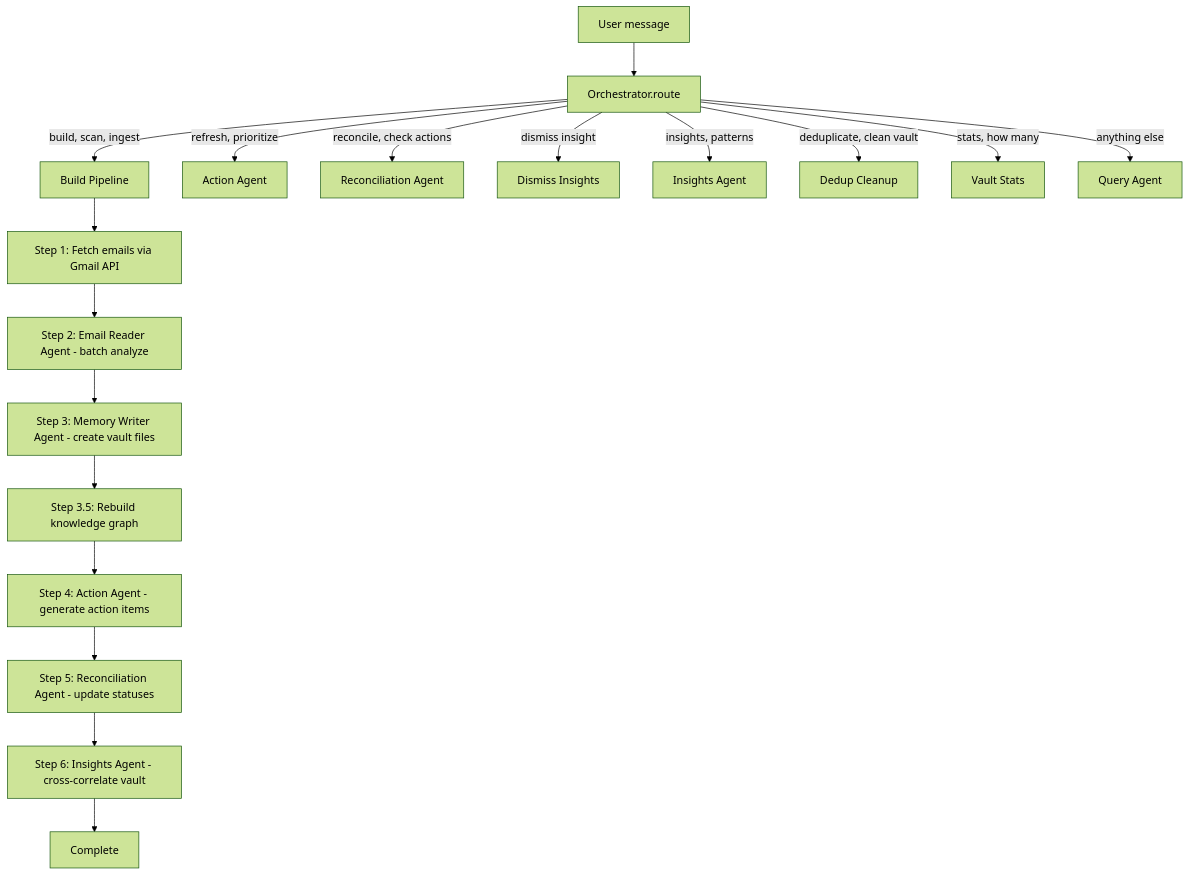
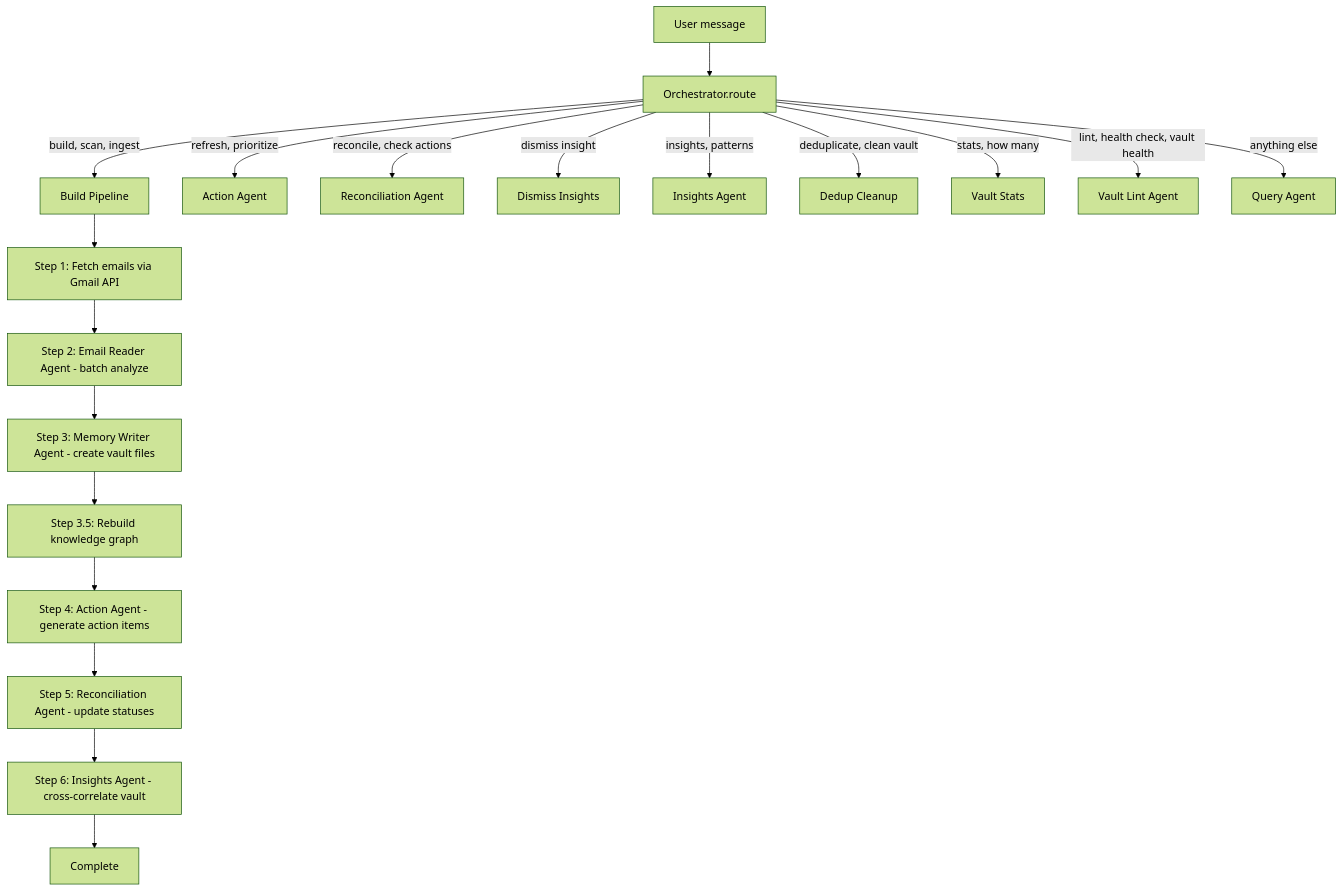
The second of 5 diagrams in docs/agentic-architecture.md (ifeanyi-okafor/email-memory-agent), drawn with Mermaid (forest theme) before and after one commit. The commit also changed other lines of this file and 4 other files, not shown here.

````diff
--- a/docs/agentic-architecture.md
+++ b/docs/agentic-architecture.md
@@ -100,21 +101,22 @@
 ```mermaid
 flowchart TD
     USER[User message] --> ORCH[Orchestrator.route]
     ORCH -->|"build, scan, ingest"| BUILD[Build Pipeline]
     ORCH -->|"refresh, prioritize"| REFRESH[Action Agent]
     ORCH -->|"reconcile, check actions"| RECONCILE[Reconciliation Agent]
     ORCH -->|"dismiss insight"| DISMISS[Dismiss Insights]
     ORCH -->|"insights, patterns"| INSIGHTS[Insights Agent]
     ORCH -->|"deduplicate, clean vault"| DEDUP[Dedup Cleanup]
     ORCH -->|"stats, how many"| STATS[Vault Stats]
+    ORCH -->|"lint, health check, vault health"| LINT[Vault Lint Agent]
     ORCH -->|anything else| QUERY[Query Agent]
 
     BUILD --> B1[Step 1: Fetch emails via Gmail API]
     B1 --> B2[Step 2: Email Reader Agent - batch analyze]
     B2 --> B3[Step 3: Memory Writer Agent - create vault files]
     B3 --> B4[Step 3.5: Rebuild knowledge graph]
     B4 --> B5[Step 4: Action Agent - generate action items]
     B5 --> B6[Step 5: Reconciliation Agent - update statuses]
     B6 --> B7[Step 6: Insights Agent - cross-correlate vault]
     B7 --> DONE[Complete]
 ```
````
